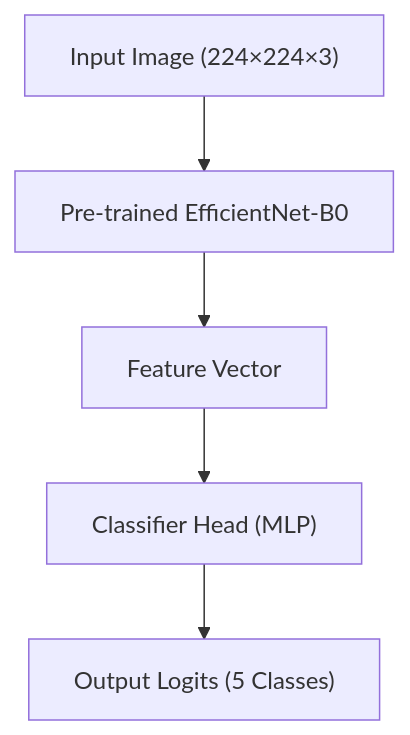
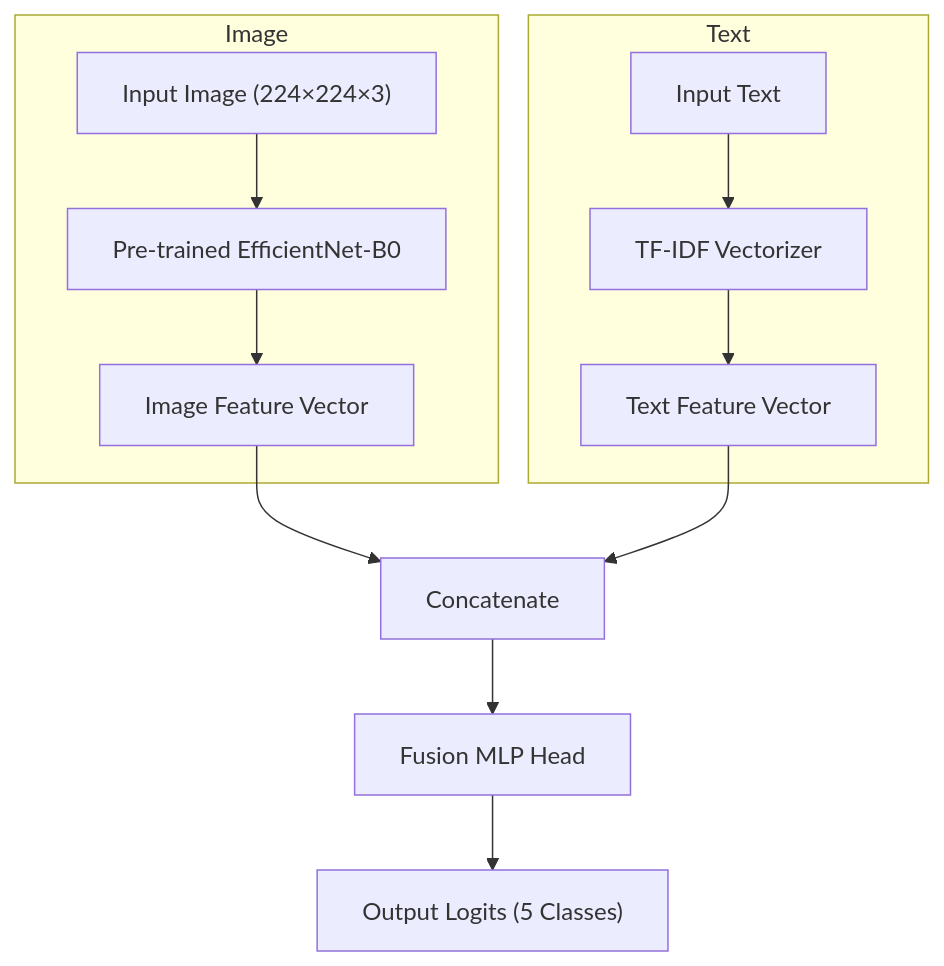
Before and after one commit to moh-a-abde/document-image-classifier: the first of 3 diagrams in README.md, drawn with Mermaid. The commit also changed other lines of this file, not shown here.

````diff
--- a/README.md
+++ b/README.md
@@ -186,7 +182,18 @@
 ```mermaid
 graph TD
-  A["Input Image (224×224×3)"] --> B["Pre-trained EfficientNet-B0"]
-  B --> C["Feature Vector"]
-  C --> D["Classifier Head (MLP)"]
-  D --> E["Output Logits (5 Classes)"]
+
+  subgraph Image
+    A["Input Image (224×224×3)"] --> B["Pre-trained EfficientNet-B0"]
+    B --> C["Image Feature Vector"]
+  end
+
+  subgraph Text
+    D["Input Text"] --> E["TF-IDF Vectorizer"]
+    E --> F["Text Feature Vector"]
+  end
+
+  C --> G["Concatenate"]
+  F --> G
+  G --> H["Fusion MLP Head"]
+  H --> I["Output Logits (5 Classes)"]
 ```
````
